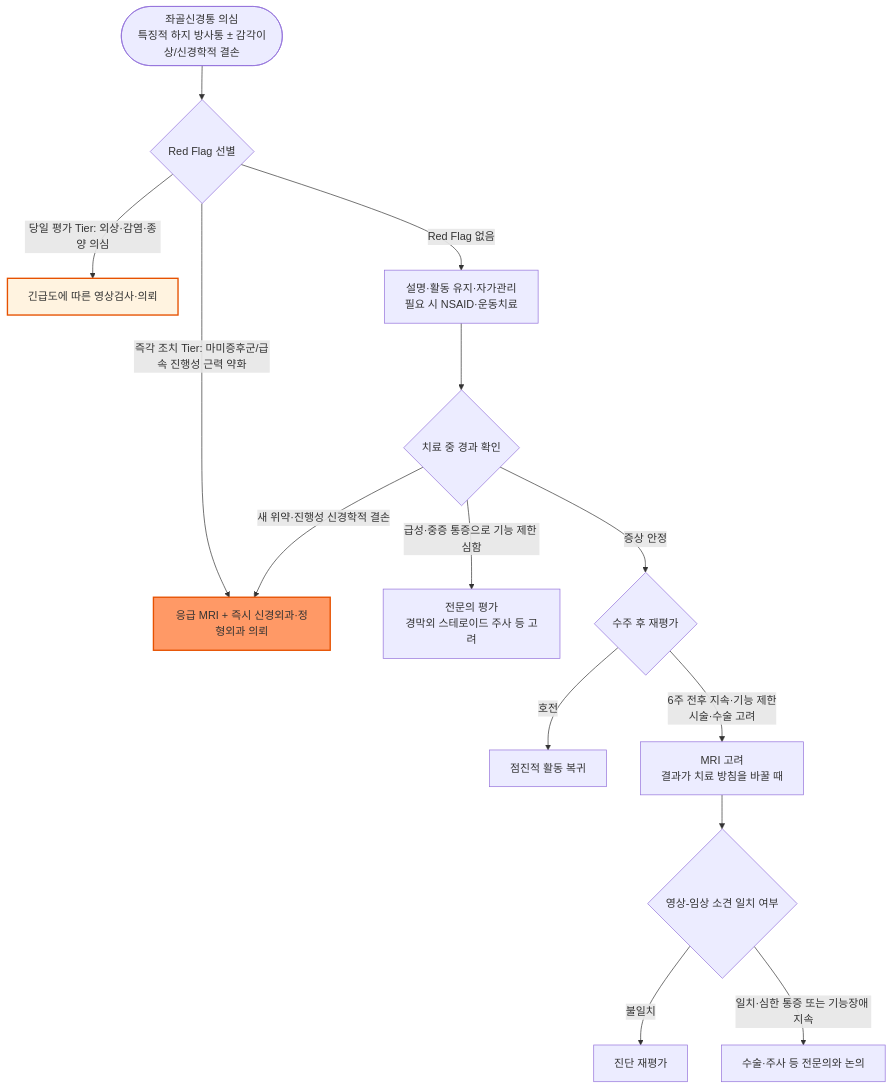
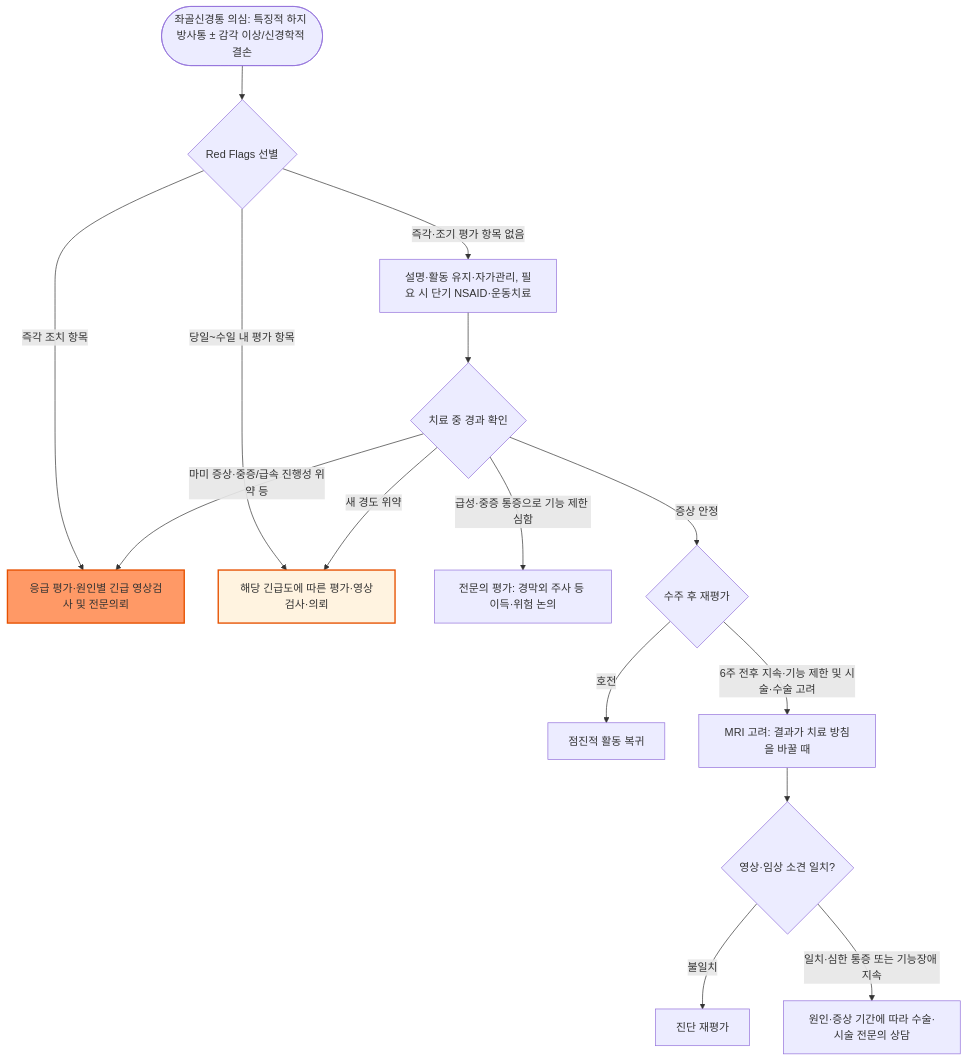
Before and after one commit to familyoh77/familyoh77: the diagram in 228_/138_-sciatica.md, drawn with Mermaid. The commit also changed other lines of this file and 8 other files, not shown here.

````diff
--- a/228_/138_-sciatica.md
+++ b/228_/138_-sciatica.md
@@ -98,18 +104,19 @@
 ```mermaid
 graph TD
-    A([좌골신경통 의심<br/>특징적 하지 방사통 ± 감각이상/신경학적 결손]) --> B{Red Flag 선별}
-    B -->|즉각 조치 Tier: 마미증후군/급속 진행성 근력 약화| C[응급 MRI + 즉시 신경외과·정형외과 의뢰]
-    B -->|당일 평가 Tier: 외상·감염·종양 의심| D[긴급도에 따른 영상검사·의뢰]
-    B -->|Red Flag 없음| E[설명·활동 유지·자가관리<br/>필요 시 NSAID·운동치료]
-    E --> F{치료 중 경과 확인}
-    F -->|새 위약·진행성 신경학적 결손| C
-    F -->|급성·중증 통증으로 기능 제한 심함| K[전문의 평가<br/>경막외 스테로이드 주사 등 고려]
-    F -->|증상 안정| G{수주 후 재평가}
-    G -->|호전| L[점진적 활동 복귀]
-    G -->|6주 전후 지속·기능 제한<br/>시술·수술 고려| H[MRI 고려<br/>결과가 치료 방침을 바꿀 때]
-    H --> I{영상-임상 소견 일치 여부}
-    I -->|불일치| M[진단 재평가]
-    I -->|일치·심한 통증 또는 기능장애 지속| J[수술·주사 등 전문의와 논의]
+    A(["좌골신경통 의심: 특징적 하지 방사통 ± 감각 이상/신경학적 결손"]) --> B{"Red Flags 선별"}
+    B -->|즉각 조치 항목| C["응급 평가·원인별 긴급 영상검사 및 전문의뢰"]
+    B -->|당일~수일 내 평가 항목| D["해당 긴급도에 따른 평가·영상검사·의뢰"]
+    B -->|즉각·조기 평가 항목 없음| E["설명·활동 유지·자가관리, 필요 시 단기 NSAID·운동치료"]
+    E --> F{"치료 중 경과 확인"}
+    F -->|마미 증상·중증/급속 진행성 위약 등| C
+    F -->|새 경도 위약| D
+    F -->|급성·중증 통증으로 기능 제한 심함| K["전문의 평가: 경막외 주사 등 이득·위험 논의"]
+    F -->|증상 안정| G{"수주 후 재평가"}
+    G -->|호전| L["점진적 활동 복귀"]
+    G -->|6주 전후 지속·기능 제한 및 시술·수술 고려| H["MRI 고려: 결과가 치료 방침을 바꿀 때"]
+    H --> I{"영상·임상 소견 일치?"}
+    I -->|불일치| M["진단 재평가"]
+    I -->|일치·심한 통증 또는 기능장애 지속| J["원인·증상 기간에 따라 수술·시술 전문의 상담"]
     style C fill:#f96,stroke:#e65100,stroke-width:2px
     style D fill:#fff3e0,stroke:#e65100,stroke-width:2px
 ```
````
